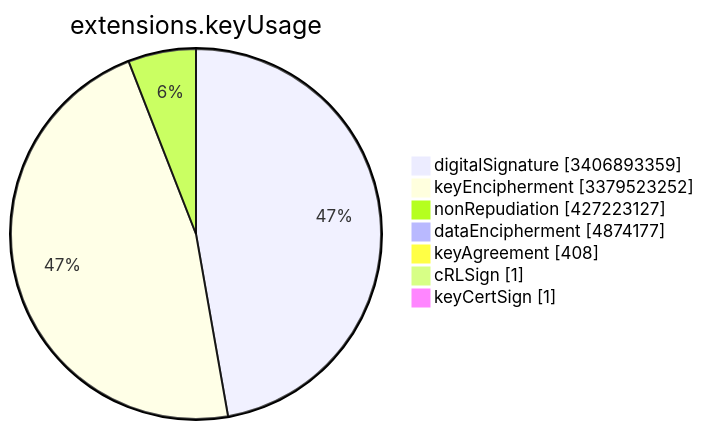
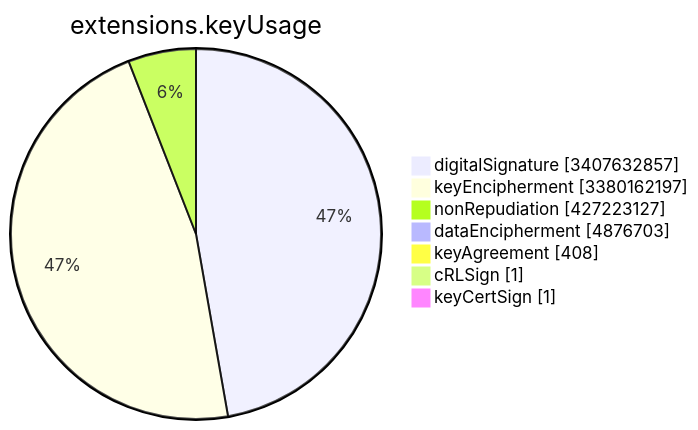
The sixth of 15 diagrams in TOTAL/README.md (christiankrug/ctmonitor_visualization), drawn with Mermaid before and after one commit. The commit also changed other lines of this file, not shown here.

````diff
--- a/TOTAL/README.md
+++ b/TOTAL/README.md
@@ -3081,11 +3081,11 @@
 ```mermaid
 pie showData
 title extensions.keyUsage
-"digitalSignature" :3406893359
-"keyEncipherment" :3379523252
+"digitalSignature" :3407632857
+"keyEncipherment" :3380162197
 "nonRepudiation" :427223127
-"dataEncipherment" :4874177
+"dataEncipherment" :4876703
 "keyAgreement" :408
 "cRLSign" :1
 "keyCertSign" :1
 ```
````
